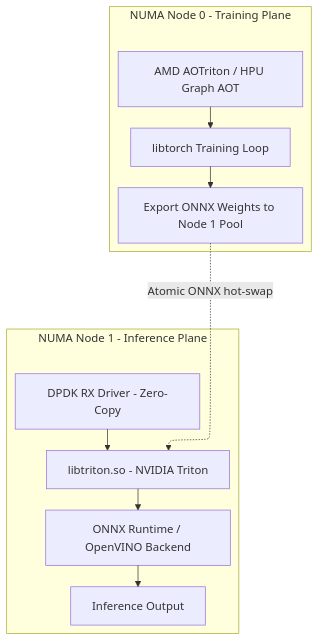
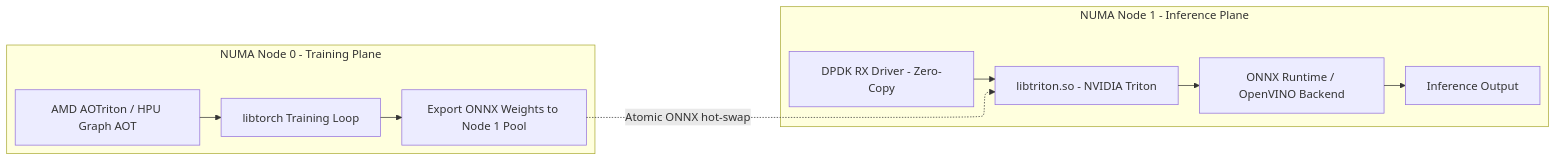
The diagram in images/diagrams/numa_node_isolation.mmd (TheAlchemistNerd/PesaLink-Fraud-Detection-Overview), drawn with Mermaid before and after one commit. The commit also changed 1 other file, not shown here.

Commit message:
style: sync side-by-side NUMA nodes diagram

```diff
--- a/images/diagrams/numa_node_isolation.mmd
+++ b/images/diagrams/numa_node_isolation.mmd
@@ -1,12 +1,14 @@
 %%{init: {"flowchart": {"defaultRenderer": "elk"}} }%%
-flowchart TD
-    subgraph NUMA Node 0 - Training Plane
+flowchart LR
+    subgraph N0 [NUMA Node 0 - Training Plane]
+        direction TD
         T1[AMD AOTriton / HPU Graph AOT] --> T2[libtorch Training Loop]
         T2 --> T3[Export ONNX Weights to Node 1 Pool]
     end
-    subgraph NUMA Node 1 - Inference Plane
+    subgraph N1 [NUMA Node 1 - Inference Plane]
+        direction TD
         I1[DPDK RX Driver - Zero-Copy] --> I2[libtriton.so - NVIDIA Triton]
         I2 --> I3[ONNX Runtime / OpenVINO Backend]
         I3 --> I4[Inference Output]
     end
     T3 -..->|Atomic ONNX hot-swap| I2
```
